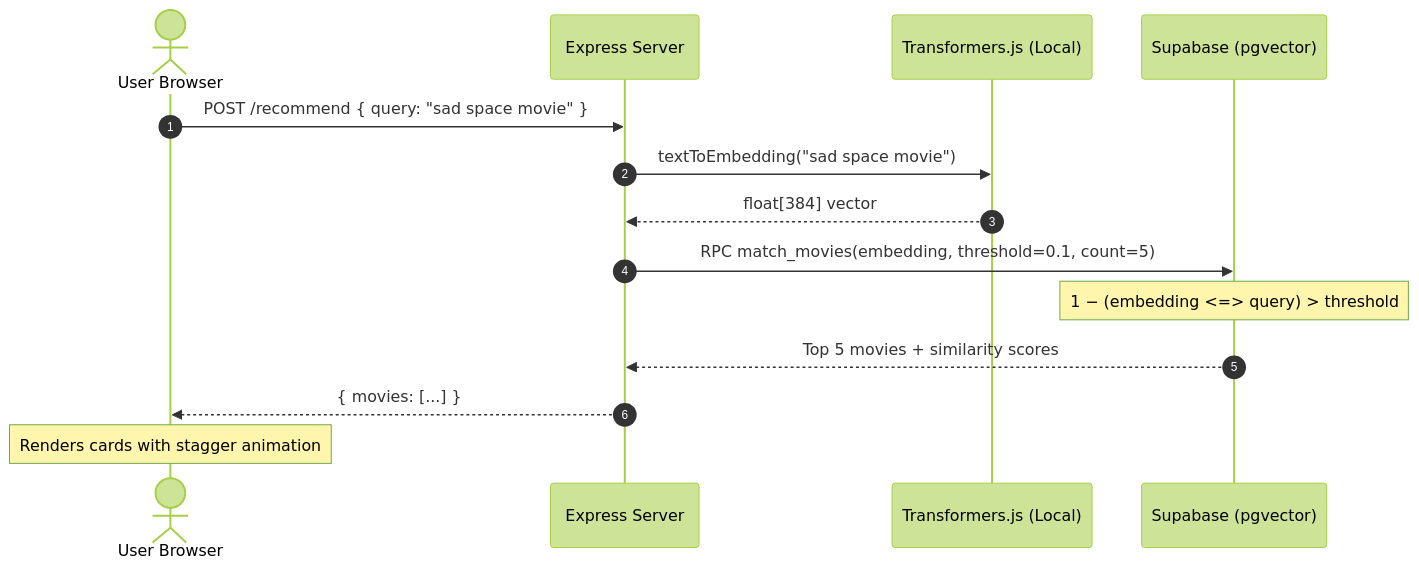
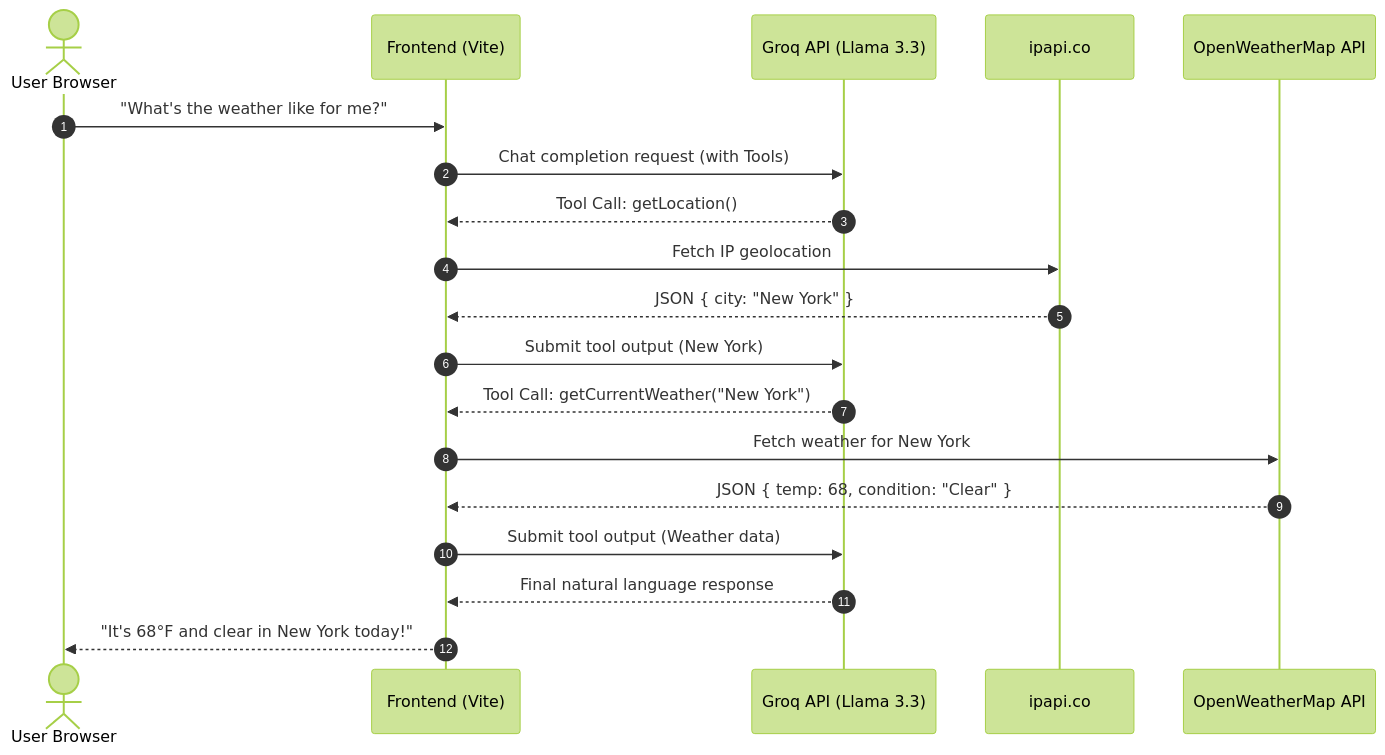
The diagram in README.md (Vamshimamidipelli/Contextual-Weather-Agent), drawn with Mermaid (forest theme) before and after one commit. The commit also changed other lines of this file, not shown here.

First line of the commit message:
Rename project to Contextual-Weather-Agent

````diff
--- a/README.md
+++ b/README.md
@@ -72,17 +46,22 @@
 ```mermaid
 sequenceDiagram
     autonumber
     actor User as User Browser
-    participant Server as Express Server
-    participant AI as Transformers.js (Local)
-    participant DB as Supabase (pgvector)
+    participant App as Frontend (Vite)
+    participant Groq as Groq API (Llama 3.3)
+    participant Location as ipapi.co
+    participant Weather as OpenWeatherMap API
 
-    User->>Server: POST /recommend { query: "sad space movie" }
-    Server->>AI: textToEmbedding("sad space movie")
-    AI-->>Server: float[384] vector
-    Server->>DB: RPC match_movies(embedding, threshold=0.1, count=5)
-    Note over DB: 1 − (embedding <=> query) > threshold
-    DB-->>Server: Top 5 movies + similarity scores
-    Server-->>User: { movies: [...] }
-    Note over User: Renders cards with stagger animation
+    User->>App: "What's the weather like for me?"
+    App->>Groq: Chat completion request (with Tools)
+    Groq-->>App: Tool Call: getLocation()
+    App->>Location: Fetch IP geolocation
+    Location-->>App: JSON { city: "New York" }
+    App->>Groq: Submit tool output (New York)
+    Groq-->>App: Tool Call: getCurrentWeather("New York")
+    App->>Weather: Fetch weather for New York
+    Weather-->>App: JSON { temp: 68, condition: "Clear" }
+    App->>Groq: Submit tool output (Weather data)
+    Groq-->>App: Final natural language response
+    App-->>User: "It's 68°F and clear in New York today!"
 ```
````
